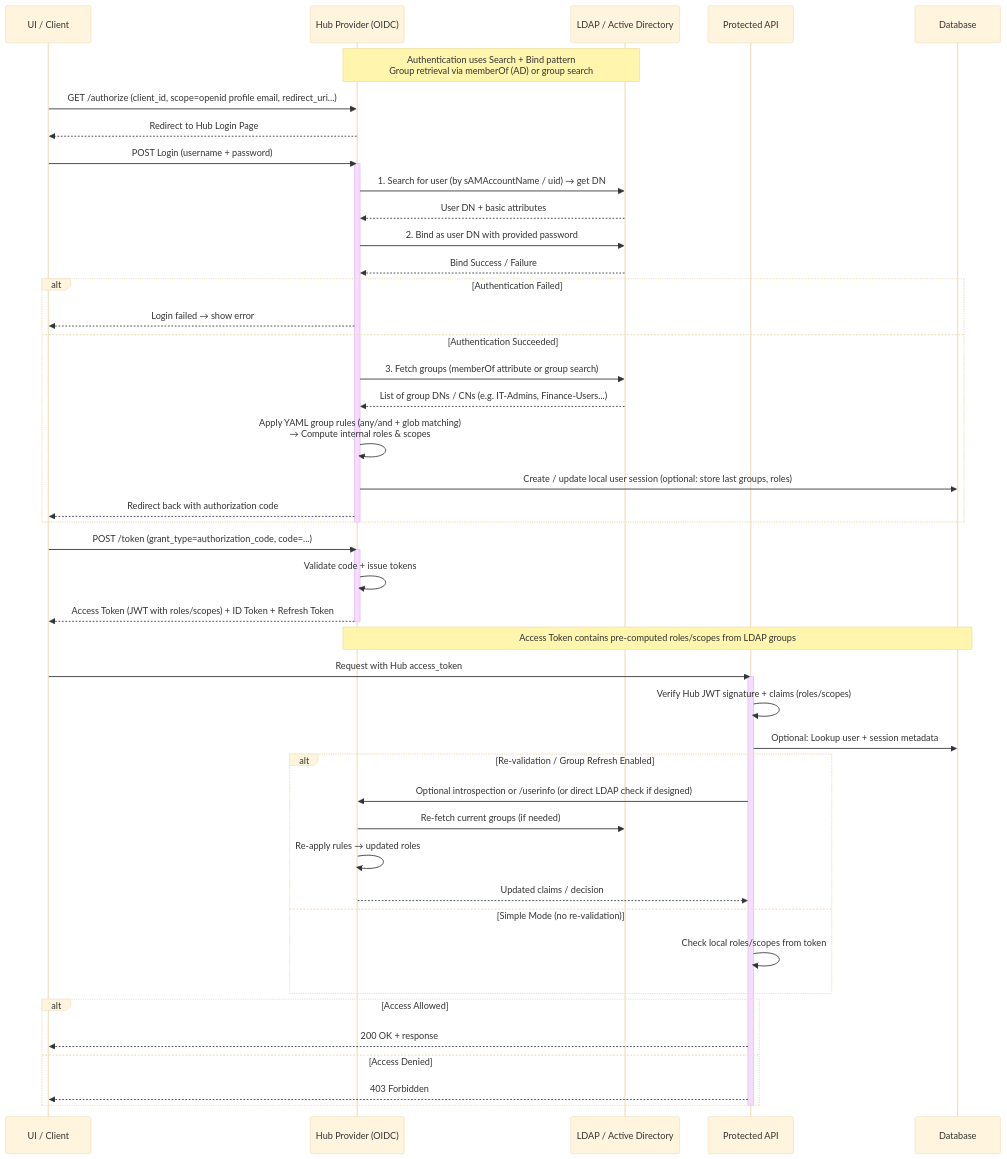
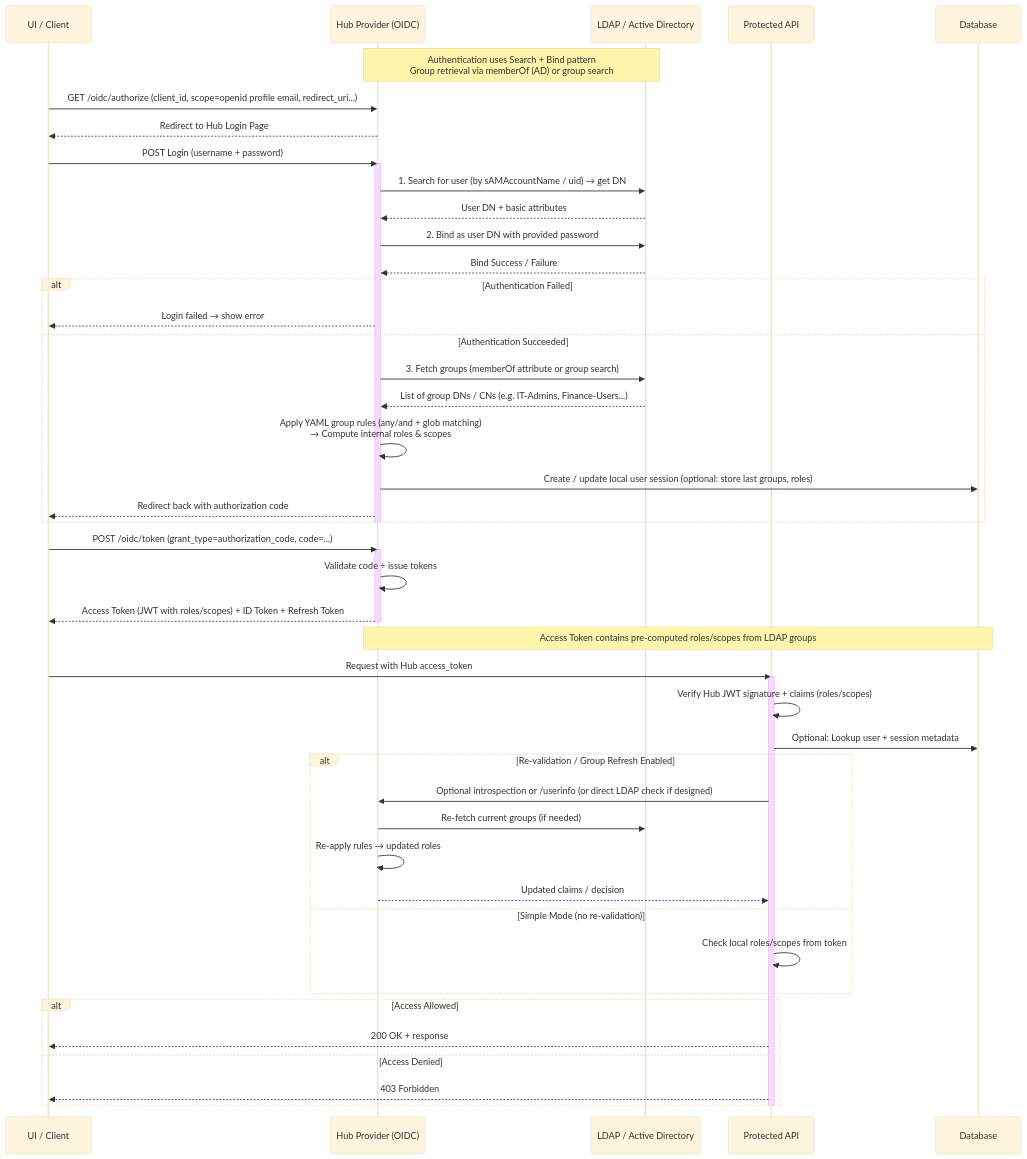
Before and after one commit to konveyor/enhancements: the fourth of 6 diagrams in enhancements/hub-oidc-provider/DESIGN.md, drawn with Mermaid (base theme). The commit also changed other lines of this file, not shown here.

````diff
--- a/enhancements/hub-oidc-provider/DESIGN.md
+++ b/enhancements/hub-oidc-provider/DESIGN.md
@@ -306,69 +306,69 @@
 ```mermaid
 sequenceDiagram
     participant UI as UI / Client
     participant Hub as Hub Provider (OIDC)
     participant LDAP as LDAP / Active Directory
     participant ProtectedAPI as Protected API
     participant DB as Database
 
     Note over Hub,LDAP: Authentication uses Search + Bind pattern<br>Group retrieval via memberOf (AD) or group search
 
     %% === Initial Login Flow (Authorization Code Flow) ===
-    UI->>Hub: GET /authorize (client_id, scope=openid profile email, redirect_uri...)
+    UI->>Hub: GET /oidc/authorize (client_id, scope=openid profile email, redirect_uri...)
     Hub-->>UI: Redirect to Hub Login Page
 
     UI->>Hub: POST Login (username + password)
     activate Hub
 
     Hub->>LDAP: 1. Search for user (by sAMAccountName / uid) → get DN
     LDAP-->>Hub: User DN + basic attributes
 
     Hub->>LDAP: 2. Bind as user DN with provided password
     LDAP-->>Hub: Bind Success / Failure
 
     alt Authentication Failed
         Hub-->>UI: Login failed → show error
     else Authentication Succeeded
         Hub->>LDAP: 3. Fetch groups (memberOf attribute or group search)
         LDAP-->>Hub: List of group DNs / CNs (e.g. IT-Admins, Finance-Users...)
 
         Hub->>Hub: Apply YAML group rules (any/and + glob matching)<br>→ Compute internal roles & scopes
         Hub->>DB: Create / update local user session (optional: store last groups, roles)
 
         Hub-->>UI: Redirect back with authorization code
     end
 
     deactivate Hub
 
-    UI->>Hub: POST /token (grant_type=authorization_code, code=...)
+    UI->>Hub: POST /oidc/token (grant_type=authorization_code, code=...)
     activate Hub
     Hub->>Hub: Validate code + issue tokens
     Hub-->>UI: Access Token (JWT with roles/scopes) + ID Token + Refresh Token
     deactivate Hub
 
     Note over Hub,DB: Access Token contains pre-computed roles/scopes from LDAP groups
 
     %% === Subsequent API Requests ===
     UI->>ProtectedAPI: Request with Hub access_token
     activate ProtectedAPI
 
     ProtectedAPI->>ProtectedAPI: Verify Hub JWT signature + claims (roles/scopes)
     ProtectedAPI->>DB: Optional: Lookup user + session metadata
 
     alt Re-validation / Group Refresh Enabled
         ProtectedAPI->>Hub: Optional introspection or /userinfo (or direct LDAP check if designed)
         Hub->>LDAP: Re-fetch current groups (if needed)
         Hub->>Hub: Re-apply rules → updated roles
         Hub-->>ProtectedAPI: Updated claims / decision
     else Simple Mode (no re-validation)
         ProtectedAPI->>ProtectedAPI: Check local roles/scopes from token
     end
 
     alt Access Allowed
         ProtectedAPI-->>UI: 200 OK + response
     else Access Denied
         ProtectedAPI-->>UI: 403 Forbidden
     end
 
     deactivate ProtectedAPI
 ```
````
